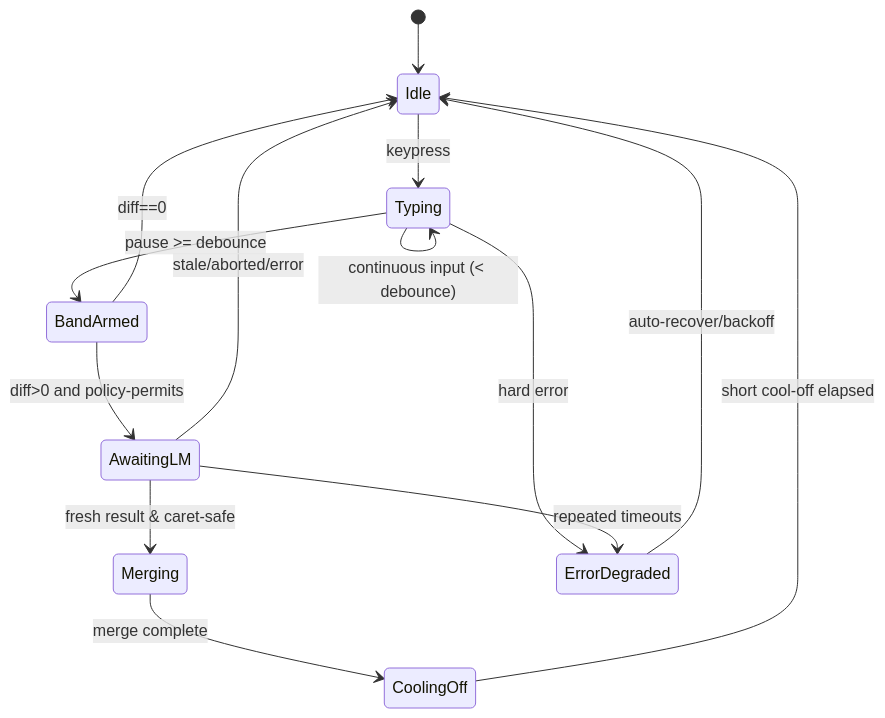
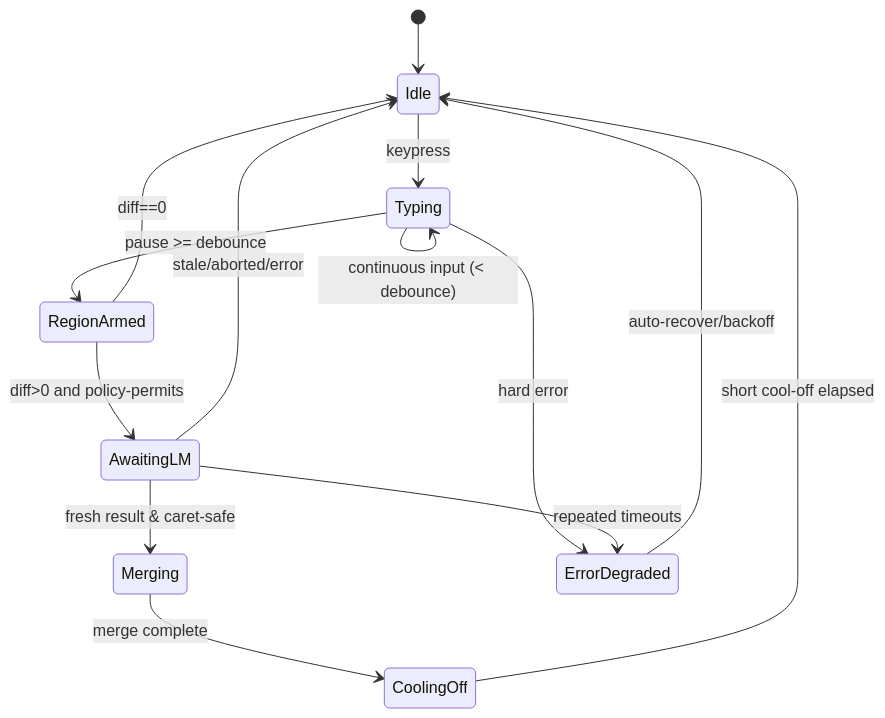
The third of 5 diagrams in docs/06-guides/typing-lm-correction/README.md (becktothefuture/MindType), drawn with Mermaid before and after one commit. The commit also changed 38 other files, not shown here.

````diff
--- a/docs/06-guides/typing-lm-correction/README.md
+++ b/docs/06-guides/typing-lm-correction/README.md
@@ -111,17 +111,17 @@
 ```mermaid
 stateDiagram-v2
     [*] --> Idle
     Idle --> Typing: keypress
     Typing --> Typing: continuous input (< debounce)
-    Typing --> BandArmed: pause >= debounce
-    BandArmed --> AwaitingLM: diff>0 and policy-permits
-    BandArmed --> Idle: diff==0
+    Typing --> RegionArmed: pause >= debounce
+    RegionArmed --> AwaitingLM: diff>0 and policy-permits
+    RegionArmed --> Idle: diff==0
     AwaitingLM --> Merging: fresh result & caret-safe
     AwaitingLM --> Idle: stale/aborted/error
     Merging --> CoolingOff: merge complete
     CoolingOff --> Idle: short cool-off elapsed
 
     Typing --> ErrorDegraded: hard error
     AwaitingLM --> ErrorDegraded: repeated timeouts
     ErrorDegraded --> Idle: auto‑recover/backoff
 ```
````
